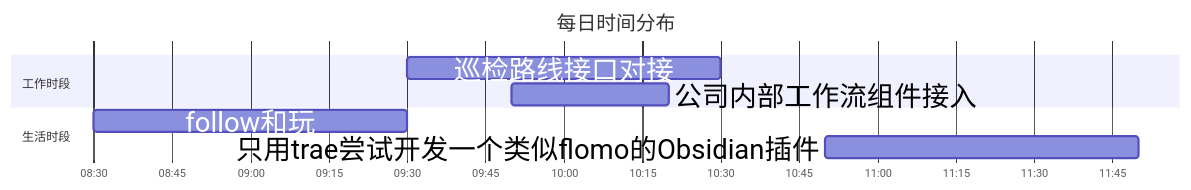
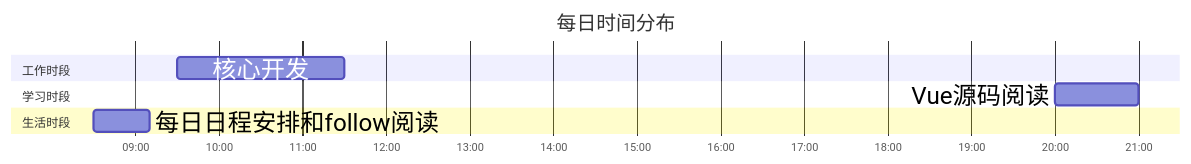
The diagram in 2025-03-12.md (flyliu0723/myMemo), drawn with Mermaid before and after one commit. The commit also changed other lines of this file and 3 other files, not shown here.

````diff
--- a/2025-03-12.md
+++ b/2025-03-12.md
@@ -31,14 +23,13 @@
 ```mermaid
-%%{init: {'theme':'default', 'themeVariables': { 'fontSize': '23px'}, 'gantt': { 'fontSize': 25 }}}%%
+%%{init: {'theme':'default', 'themeVariables': { 'fontSize': '20px'}, 'gantt': { 'fontSize': 22 }}}%%
 gantt
     title 每日时间分布
     dateFormat HH:mm
     axisFormat %H:%M
     section 工作时段
-    巡检路线接口对接       :09:30, 60m
-    公司内部工作流组件接入  :09:50, 30m
+    核心开发       :09:30, 120m
     section 学习时段
+    Vue源码阅读    :20:00, 60m
 	section 生活时段
-    follow和玩           :08:30, 60m
-    只用trae尝试开发一个类似flomo的Obsidian插件 :10:50, 60m
+    每日日程安排和follow阅读           :08:30, 40m
 ```
````
